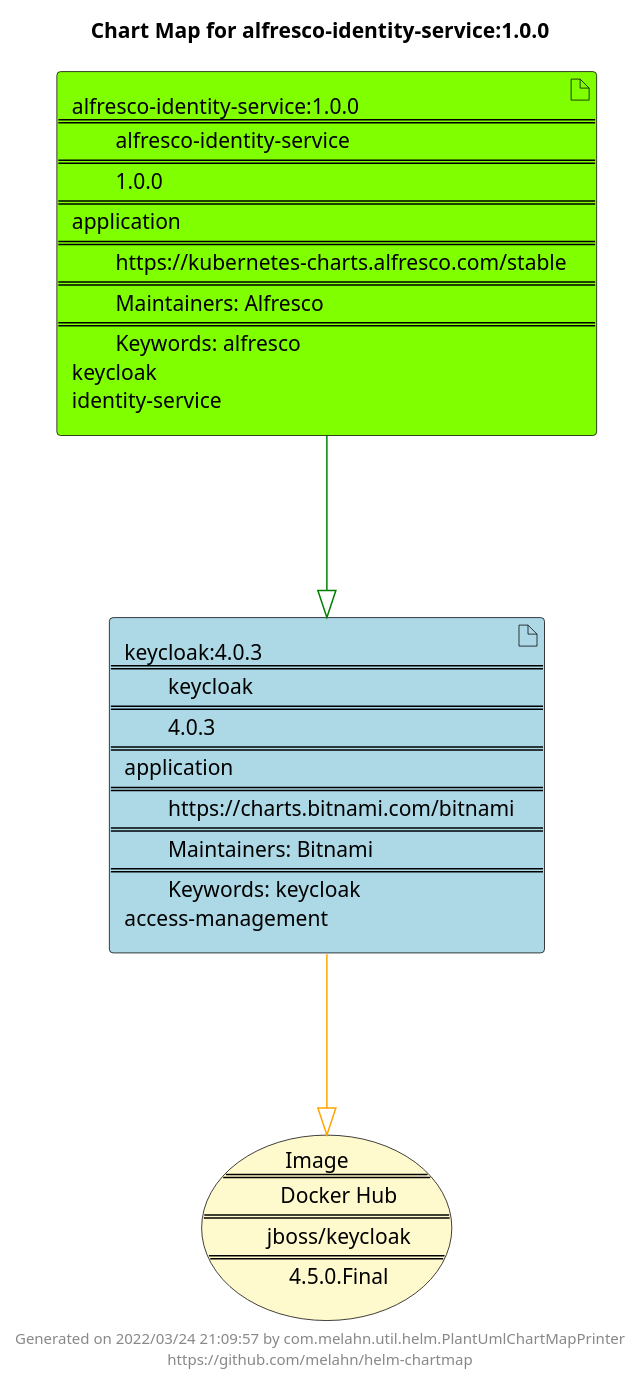
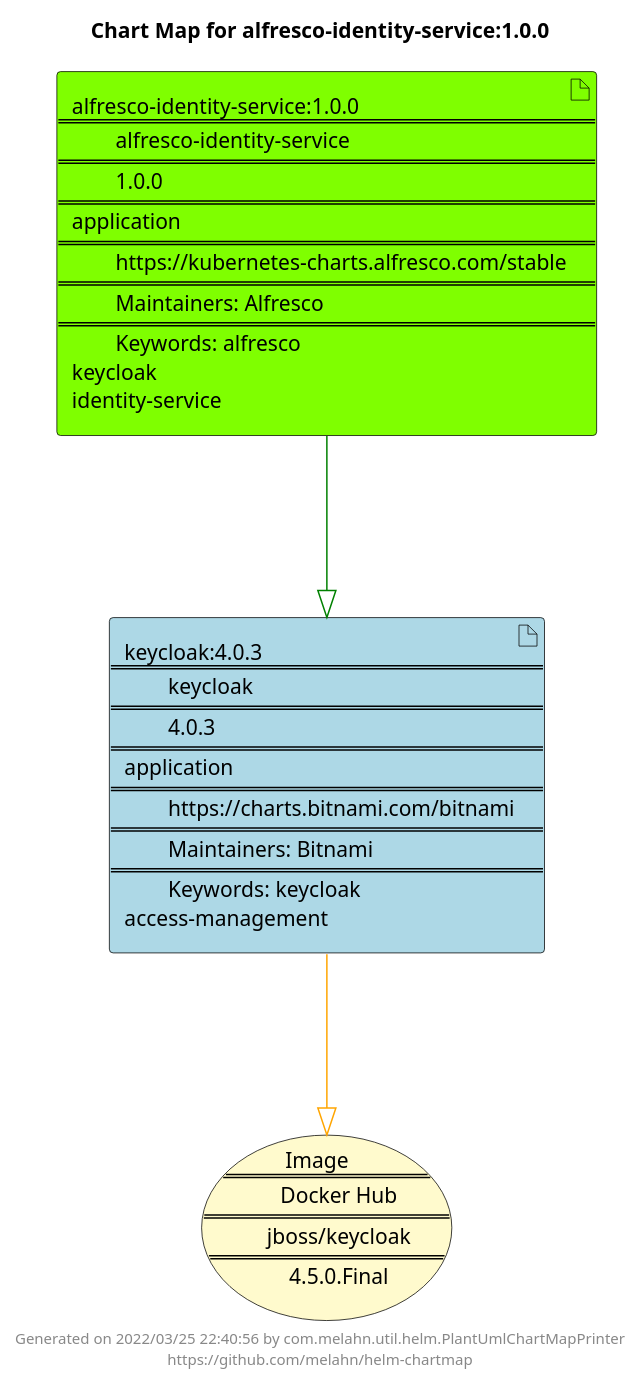
One commit to melahn/helm-chartmap changed the diagram in docs/alfresco-identity-service/alfresco-identity-service-1.0.0.puml. Above: the diagram before and after it, drawn with PlantUML. The commit also changed 56 other files, not shown here.

Commit message:
Update Example Chart Maps as part of GitHub build

```diff
--- a/docs/alfresco-identity-service/alfresco-identity-service-1.0.0.puml
+++ b/docs/alfresco-identity-service/alfresco-identity-service-1.0.0.puml
@@ -1,23 +1,23 @@
 @startuml
 skinparam linetype ortho
 skinparam backgroundColor white
 skinparam usecaseBorderColor black
 skinparam usecaseArrowColor LightSlateGray
 skinparam artifactBorderColor black
 skinparam artifactArrowColor LightSlateGray
 
 title Chart Map for alfresco-identity-service:1.0.0
 
 'There are 2 referenced Helm Charts
 artifact "keycloak:4.0.3\n====\n\tkeycloak\n====\n\t4.0.3\n====\napplication\n====\n\thttps://charts.bitnami.com/bitnami\n====\n\tMaintainers: Bitnami\n====\n\tKeywords: keycloak\naccess-management" as keycloak_4_0_3 #LightBlue
 artifact "alfresco-identity-service:1.0.0\n====\n\talfresco-identity-service\n====\n\t1.0.0\n====\napplication\n====\n\thttps://kubernetes-charts.alfresco.com/stable\n====\n\tMaintainers: Alfresco\n====\n\tKeywords: alfresco\nkeycloak\nidentity-service" as alfresco_identity_service_1_0_0 #Chartreuse
 
 'There is one referenced Docker Image
 usecase "Image\n====\n\tDocker Hub\n====\n\tjboss/keycloak\n====\n\t4.5.0.Final" as jboss_keycloak_4_5_0_Final #LemonChiffon
 
 'Chart Dependencies
 alfresco_identity_service_1_0_0--[#green]-|>keycloak_4_0_3
 keycloak_4_0_3--[#orange]-|>jboss_keycloak_4_5_0_Final
 
-center footer Generated on 2022/03/24 21:09:57 by com.melahn.util.helm.PlantUmlChartMapPrinter\nhttps://github.com/melahn/helm-chartmap
+center footer Generated on 2022/03/25 22:40:56 by com.melahn.util.helm.PlantUmlChartMapPrinter\nhttps://github.com/melahn/helm-chartmap
 @enduml
```
